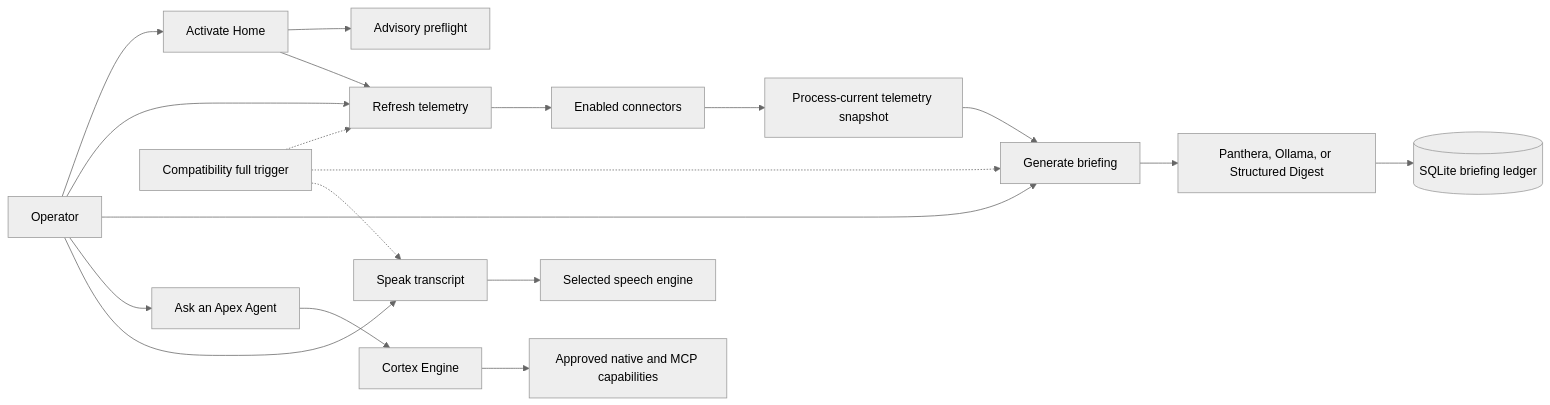
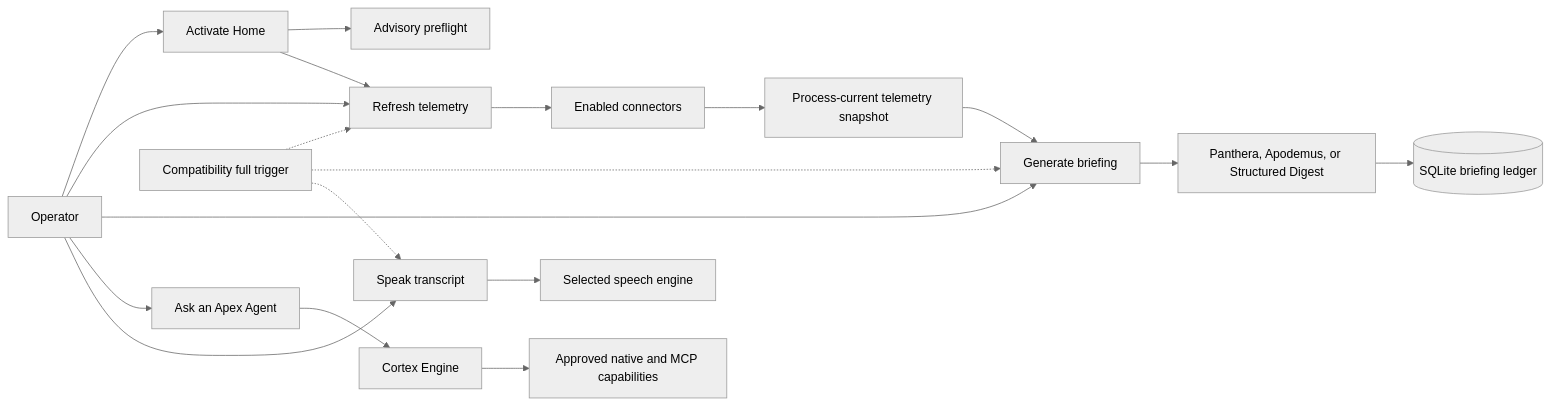
Before and after one commit to edumarcano/APEX: the second of 3 diagrams in docs/architecture.md, drawn with Mermaid (neutral theme). The commit also changed other lines of this file and 61 other files, not shown here.

````diff
--- a/docs/architecture.md
+++ b/docs/architecture.md
@@ -51,30 +51,30 @@
 ```mermaid
 flowchart LR
     USER["Operator"]
 
     USER --> ACTIVATE["Activate Home"]
     USER --> REFRESH["Refresh telemetry"]
     USER --> BRIEF["Generate briefing"]
     USER --> ASK["Ask an Apex Agent"]
     USER --> SPEAK["Speak transcript"]
 
     ACTIVATE --> PREFLIGHT["Advisory preflight"]
     ACTIVATE --> REFRESH
 
     REFRESH --> CONNECTORS["Enabled connectors"]
     CONNECTORS --> SNAPSHOT["Process-current telemetry snapshot"]
 
     SNAPSHOT --> BRIEF
-    BRIEF --> SYNTHESIS["Panthera, Ollama, or Structured Digest"]
+    BRIEF --> SYNTHESIS["Panthera, Apodemus, or Structured Digest"]
     SYNTHESIS --> LEDGER[("SQLite briefing ledger")]
 
     ASK --> CORTEX["Cortex Engine"]
     CORTEX --> TOOLS["Approved native and MCP capabilities"]
 
     SPEAK --> VOICE["Selected speech engine"]
 
     FULL["Compatibility full trigger"]
     FULL -.-> REFRESH
     FULL -.-> BRIEF
     FULL -.-> SPEAK
 ```
````
